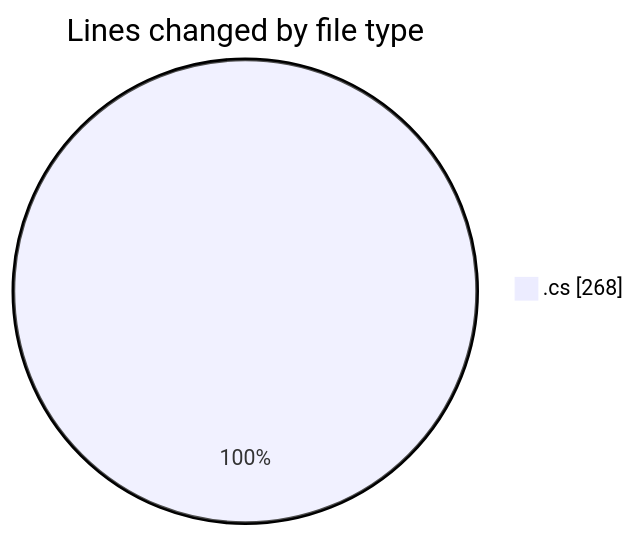
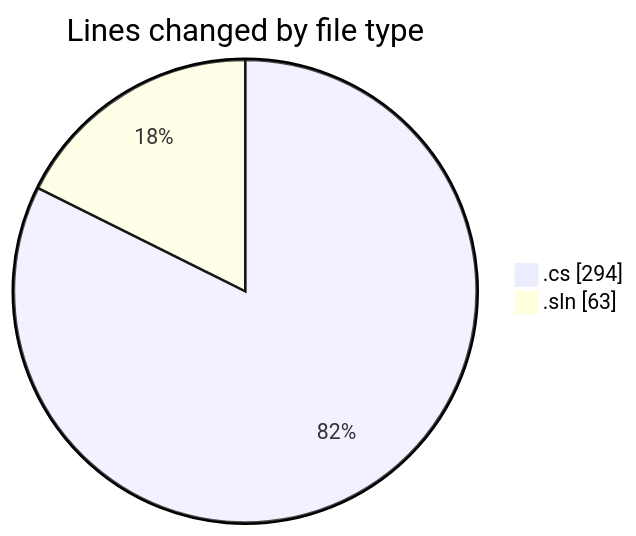
One commit to Unknowalive/code-tracking changed the first of 2 diagrams in 2026-08-27/immersive_codes/README.md. Above: the diagram before and after it, drawn with Mermaid. The commit also changed other lines of this file and 1 other file, not shown here.

````diff
--- a/2026-08-27/immersive_codes/README.md
+++ b/2026-08-27/immersive_codes/README.md
@@ -24,5 +26,6 @@
 ```mermaid
 pie showData
 title Lines changed by file type
-".cs" : 268
+".cs" : 294
+".sln" : 63
 ```
````
